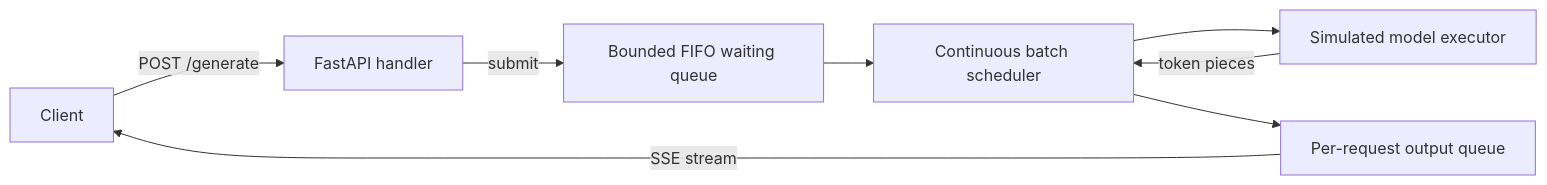
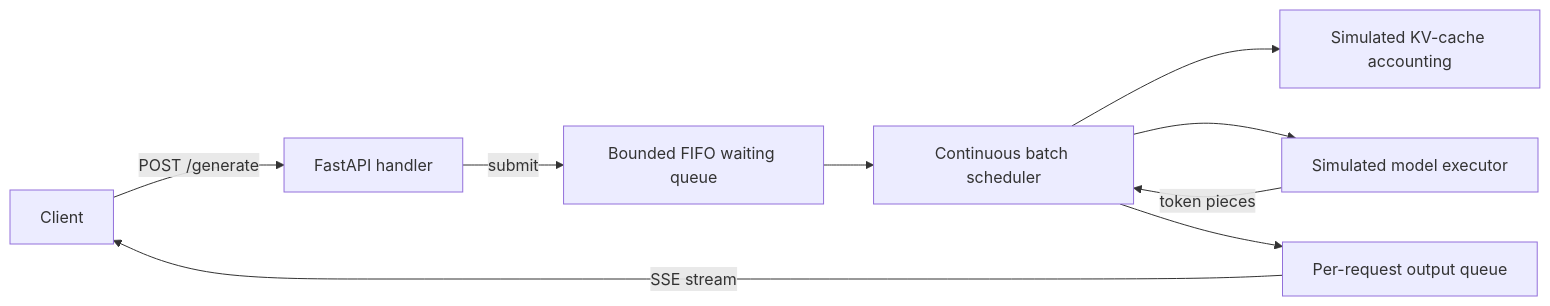
One commit to annalea345-oss/llm-inference-runtime changed the diagram in README.md. Above: the diagram before and after it, drawn with Mermaid. The commit also changed other lines of this file and 7 other files, not shown here.

Commit message:
Implement simulated KV-cache memory management

````diff
--- a/README.md
+++ b/README.md
@@ -68,10 +69,11 @@
 ```mermaid
 flowchart LR
     Client -->|POST /generate| API[FastAPI handler]
     API -->|submit| Queue[Bounded FIFO waiting queue]
     Queue --> Worker[Continuous batch scheduler]
+    Worker --> Cache[Simulated KV-cache accounting]
     Worker --> Executor[Simulated model executor]
     Executor -->|token pieces| Worker
     Worker --> Output[Per-request output queue]
     Output -->|SSE stream| Client
 ```
````
